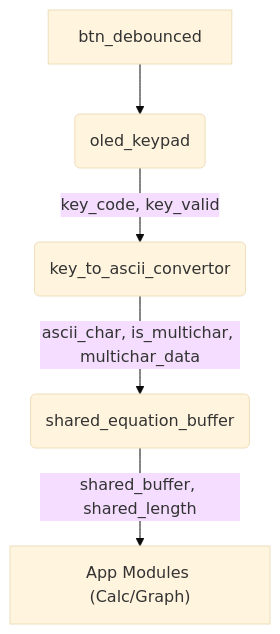
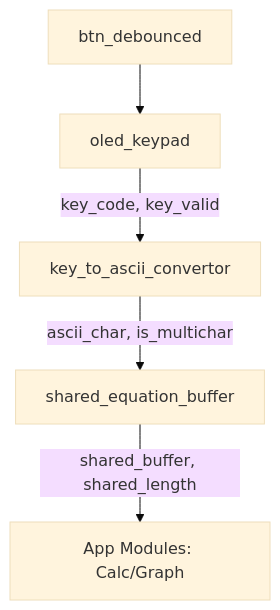
Before and after one commit to Yxiang-828/EE2026-Project-Vivado: the second of 5 diagrams in README.md, drawn with Mermaid (base theme). The commit also changed other lines of this file, not shown here.

First line of the commit message:
Restructure first Mermaid diagram for better clarity

````diff
--- a/README.md
+++ b/README.md
@@ -78,7 +77,7 @@
 ```mermaid
 graph TD
-    A[btn_debounced] --> B(oled_keypad)
-    B -- key_code, key_valid --> C(key_to_ascii_convertor)
-    C -- ascii_char, is_multichar, multichar_data --> D(shared_equation_buffer)
-    D -- shared_buffer, shared_length --> E["App Modules (Calc/Graph)"]
+    A[btn_debounced] --> B[oled_keypad]
+    B -->|key_code, key_valid| C[key_to_ascii_convertor]
+    C -->|ascii_char, is_multichar| D[shared_equation_buffer]
+    D -->|shared_buffer, shared_length| E[App Modules: Calc/Graph]
 ```
````
